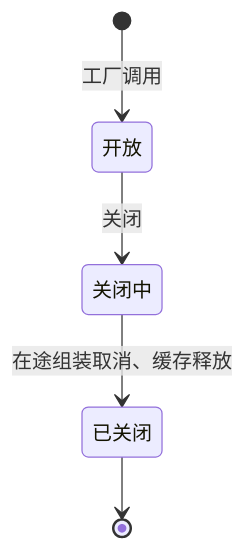
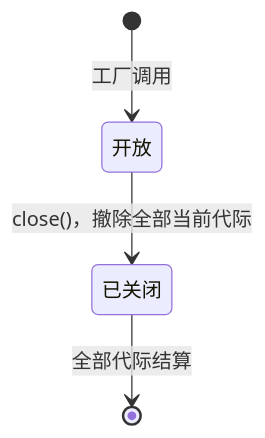
One commit to nemori-ai/omne-harness-lite changed the second of 3 diagrams in packages/context/request-context/docs/object-model.md. Above: the diagram before and after it, drawn with Mermaid. The commit also changed other lines of this file and 114 other files, not shown here.

````diff
--- a/packages/context/request-context/docs/object-model.md
+++ b/packages/context/request-context/docs/object-model.md
@@ -101,7 +104,6 @@
 ```mermaid
 stateDiagram-v2
   [*] --> 开放: 工厂调用
-  开放 --> 关闭中: 关闭
-  关闭中 --> 已关闭: 在途组装取消、缓存释放
-  已关闭 --> [*]
+  开放 --> 已关闭: close()，撤除全部当前代际
+  已关闭 --> [*]: 全部代际结算
 ```
````
